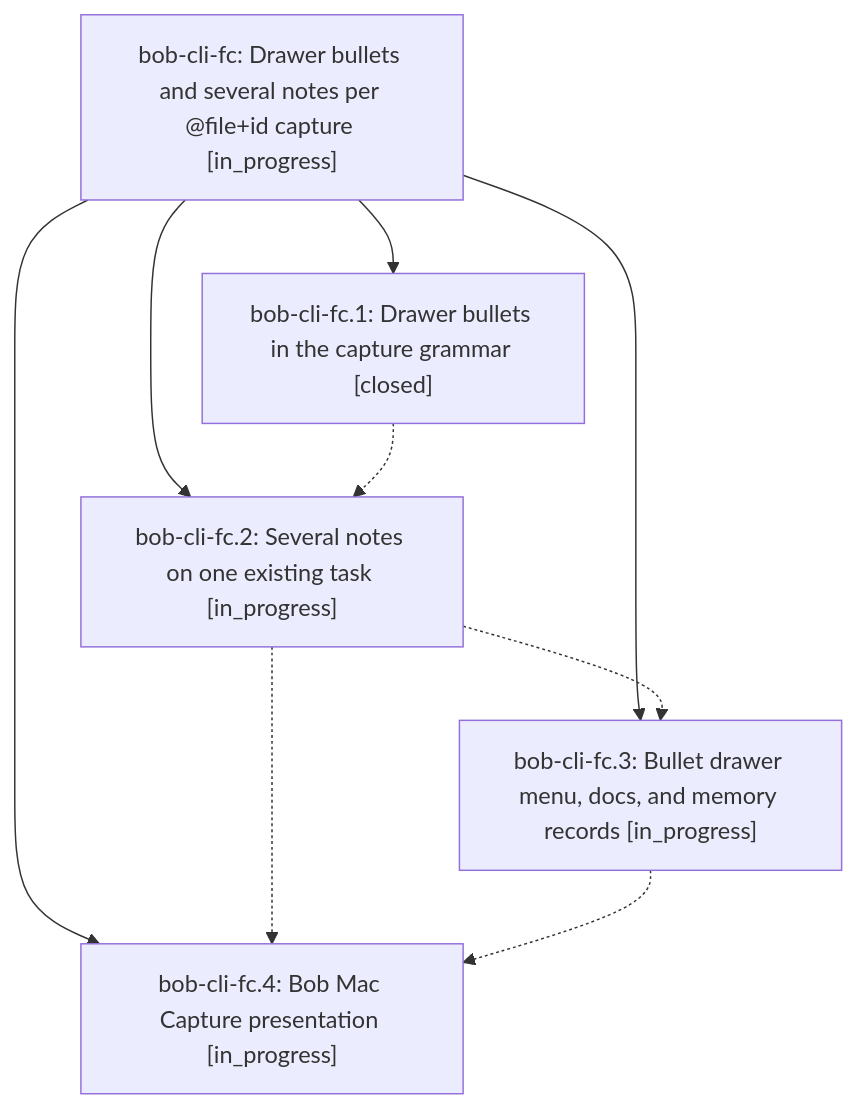
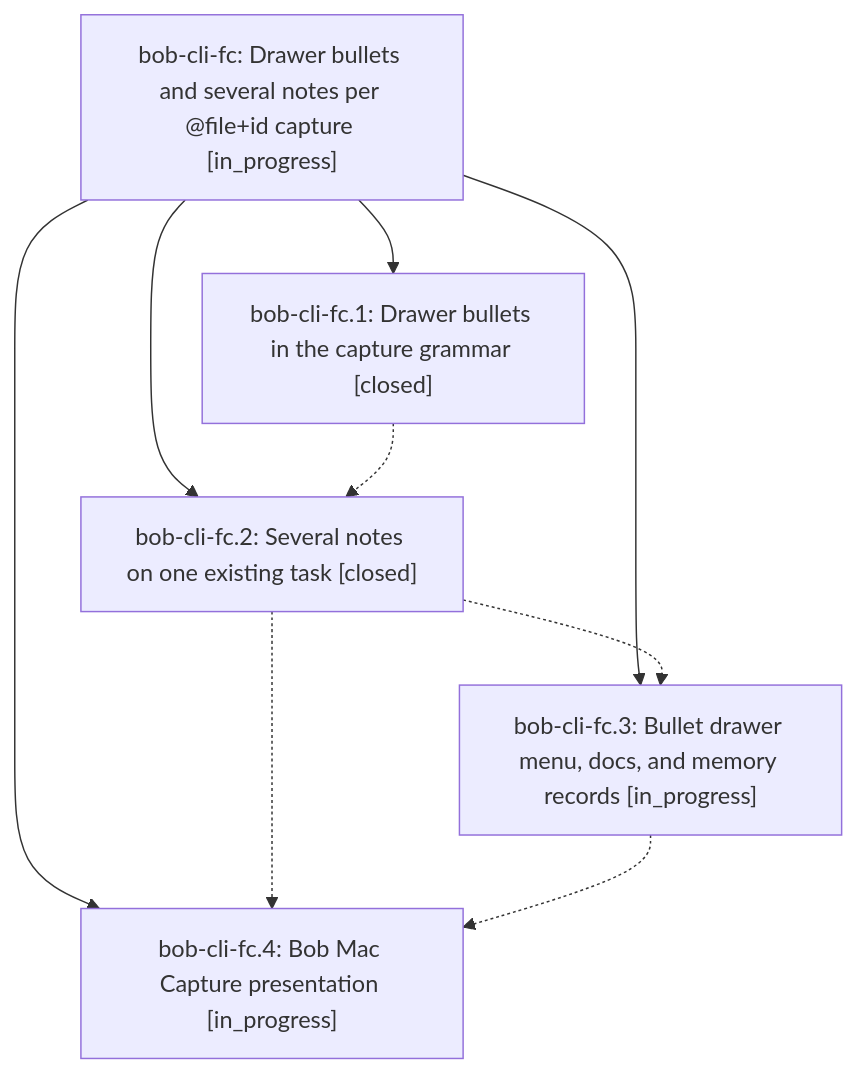
Before and after one commit to bobs-org/bob-cli--beads: the diagram in pages/bob-cli-fc/README.md, drawn with Mermaid. The commit also changed other lines of this file and 4 other files, not shown here.

First line of the commit message:
chore(beads): sync bead state and pages for bob-cli-fc

````diff
--- a/pages/bob-cli-fc/README.md
+++ b/pages/bob-cli-fc/README.md
@@ -37,16 +37,16 @@
 ```mermaid
 flowchart TD
     n0["bob-cli-fc: Drawer bullets and several notes per @file+id capture [in_progress]"]
     n1["bob-cli-fc.1: Drawer bullets in the capture grammar [closed]"]
-    n2["bob-cli-fc.2: Several notes on one existing task [in_progress]"]
+    n2["bob-cli-fc.2: Several notes on one existing task [closed]"]
     n3["bob-cli-fc.3: Bullet drawer menu, docs, and memory records [in_progress]"]
     n4["bob-cli-fc.4: Bob Mac Capture presentation [in_progress]"]
     n0 --> n1
     n0 --> n2
     n0 --> n3
     n0 --> n4
     n1 -.-> n2
     n2 -.-> n3
     n2 -.-> n4
     n3 -.-> n4
 ```
````
